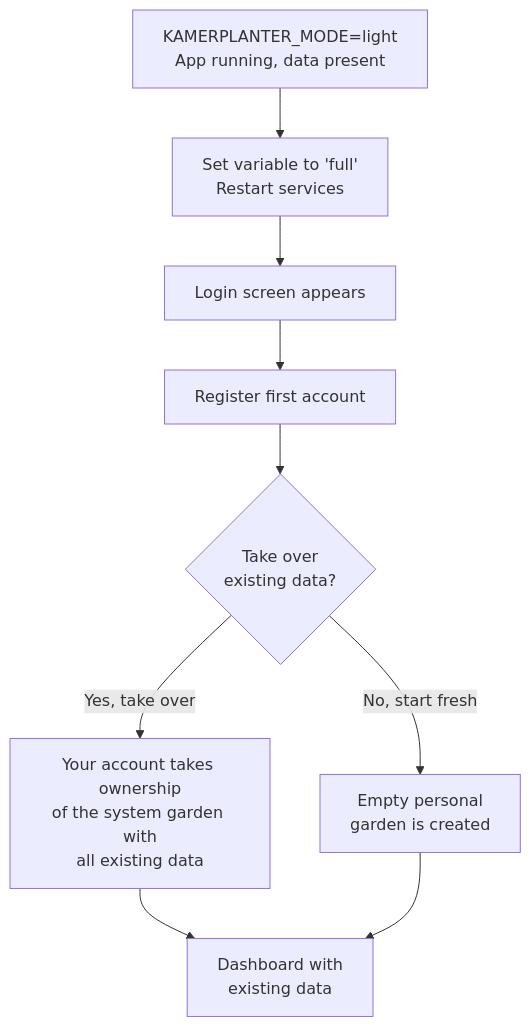
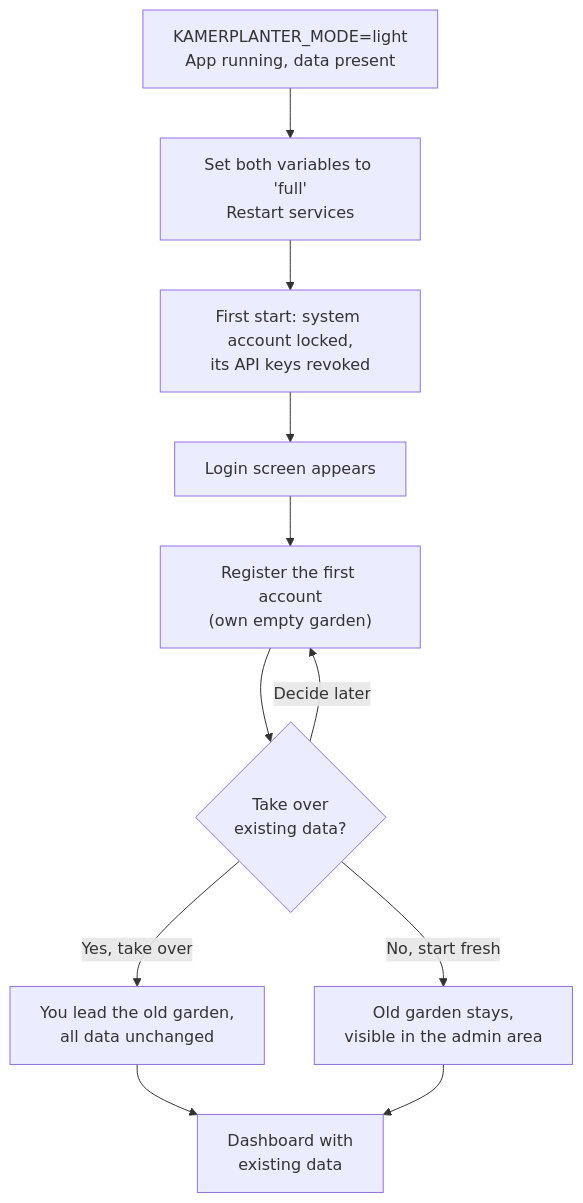
Before and after one commit to nolte/kamerplanter: the diagram in docs/de/user-guide/light-mode.md, drawn with Mermaid. The commit also changed other lines of this file and 64 other files, not shown here.

Commit message:
feat(light-mode): seal the system account on the switch to full and let the first account take the light-mode garden over (#1855) (#2269)

````diff
--- a/docs/de/user-guide/light-mode.md
+++ b/docs/de/user-guide/light-mode.md
@@ -88,11 +88,13 @@
 ```mermaid
 flowchart TD
-    A["KAMERPLANTER_MODE=light<br/>App running, data present"] --> B["Set variable to 'full'<br/>Restart services"]
-    B --> C["Login screen appears"]
-    C --> D["Register first account"]
+    A["KAMERPLANTER_MODE=light<br/>App running, data present"] --> B["Set both variables to 'full'<br/>Restart services"]
+    B --> S["First start: system account locked,<br/>its API keys revoked"]
+    S --> C["Login screen appears"]
+    C --> D["Register the first account<br/>(own empty garden)"]
     D --> E{"Take over<br/>existing data?"}
-    E -- "Yes, take over" --> F["Your account takes ownership<br/>of the system garden with<br/>all existing data"]
-    E -- "No, start fresh" --> G["Empty personal<br/>garden is created"]
+    E -- "Yes, take over" --> F["You lead the old garden,<br/>all data unchanged"]
+    E -- "No, start fresh" --> G["Old garden stays,<br/>visible in the admin area"]
+    E -- "Decide later" --> D
     F --> H["Dashboard with<br/>existing data"]
     G --> H
 ```
````
